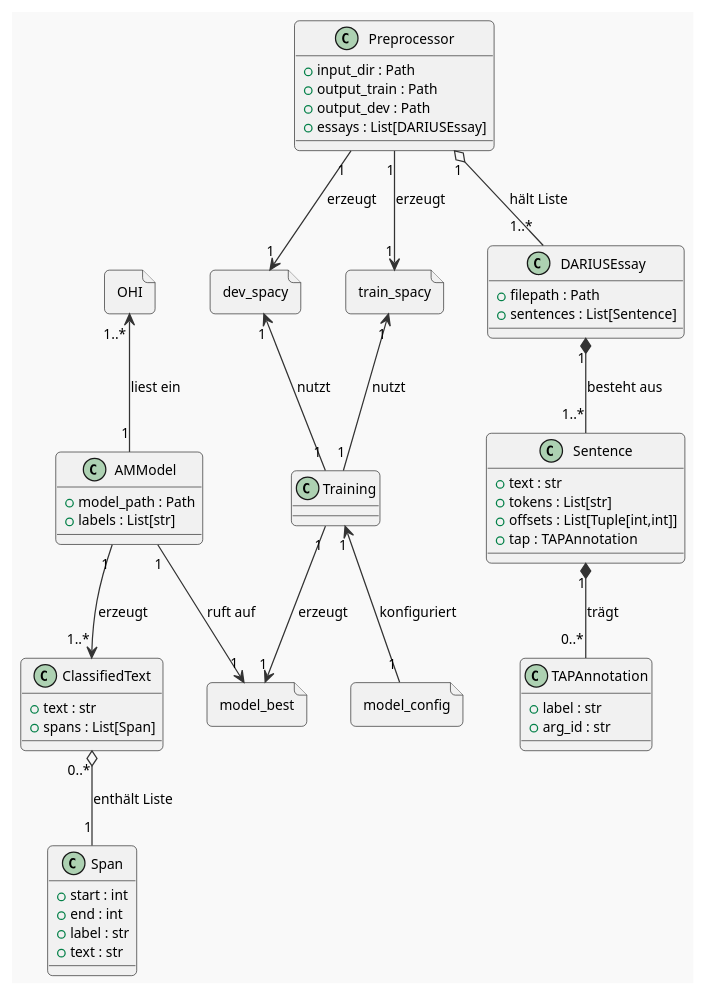
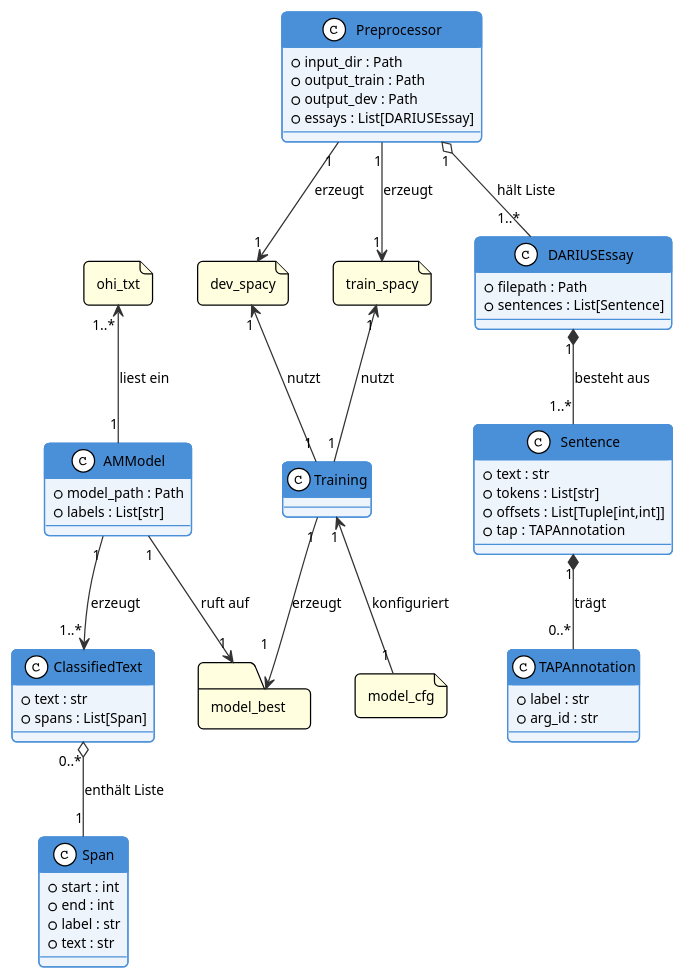
One commit to felixdrescher/german_am_modell changed the diagram in documentation/model/inf-model.plantuml. Above: the diagram before and after it, drawn with PlantUML. The commit also changed 19 other files, not shown here.

Commit message:
finalizes documentation (uml wise)

```diff
--- a/documentation/model/inf-model.plantuml
+++ b/documentation/model/inf-model.plantuml
@@ -1,101 +1,109 @@
 @startuml Informationsmodell: AM-Modell
-!theme mars
+!theme plain
 skinparam defaultFontName Arial
 skinparam defaultFontSize 11
 skinparam roundcorner 8
 skinparam objectAttributeIconSize 0
 
-skinparam object {
+skinparam class {
     BackgroundColor #EEF4FB
     BorderColor #4A90D9
     ArrowColor #333
     HeaderBackgroundColor #4A90D9
     HeaderFontColor white
+}
+
+skinparam file {
+    BackgroundColor #LightYellow
+}
+
+skinparam folder {
+    BackgroundColor #LightYellow
 }
 
 ' ── Objekte ───────────────────────────────────────────────────────────────────
 file dev_spacy {
 
 }
 
 file train_spacy {
     
 }
 
-file model_best {
+folder model_best {
 
 }
 
-file OHI {
+file ohi_txt {
 
 }
 
 class Training {
 
 }
 
 class Preprocessor {
     + input_dir : Path
     + output_train : Path
     + output_dev : Path
     + essays : List[DARIUSEssay]
 }
 
 class DARIUSEssay {
     + filepath : Path
     + sentences : List[Sentence]
 }
 
 class Sentence {
     + text : str
     + tokens : List[str]
     + offsets : List[Tuple[int,int]]
     + tap : TAPAnnotation
 }
 
 class TAPAnnotation {
     + label : str
     + arg_id : str
 }
 
-file model_config {
+file model_cfg {
 }
 
 class AMModel {
     + model_path : Path
     + labels : List[str]
 }
 
 class Span {
     + start : int
     + end : int
     + label : str
     + text : str
 }
 
 class ClassifiedText {
     + text : str
     + spans : List[Span]
 }
 
 
 ' ── Beziehungen ────────────────────────────────────────────────────────────────
 Preprocessor "1" o-- "1..*" DARIUSEssay : hält Liste
 Preprocessor "1" --> "1" dev_spacy : erzeugt
 Preprocessor "1" --> "1" train_spacy : erzeugt
  
 Training "1" -up-> "1" train_spacy : nutzt
 Training "1" -up-> "1" dev_spacy : nutzt
 Training "1" -down-> "1" model_best : erzeugt
-model_config "1" -up-> "1" Training : konfiguriert
+model_cfg "1" -up-> "1" Training : konfiguriert
 
 DARIUSEssay  "1" *-- "1..*" Sentence      : besteht aus
 Sentence     "1" *-- "0..*" TAPAnnotation : trägt
 
 AMModel "1" -down-> "1..*" ClassifiedText : erzeugt
 ClassifiedText    "0..*" o-- "1" Span : enthält Liste
 AMModel "1" -down-> "1" model_best : ruft auf
-AMModel "1" -up-> "1..*" OHI : liest ein
+AMModel "1" -up-> "1..*" ohi_txt : liest ein
 
 
 @enduml
```
